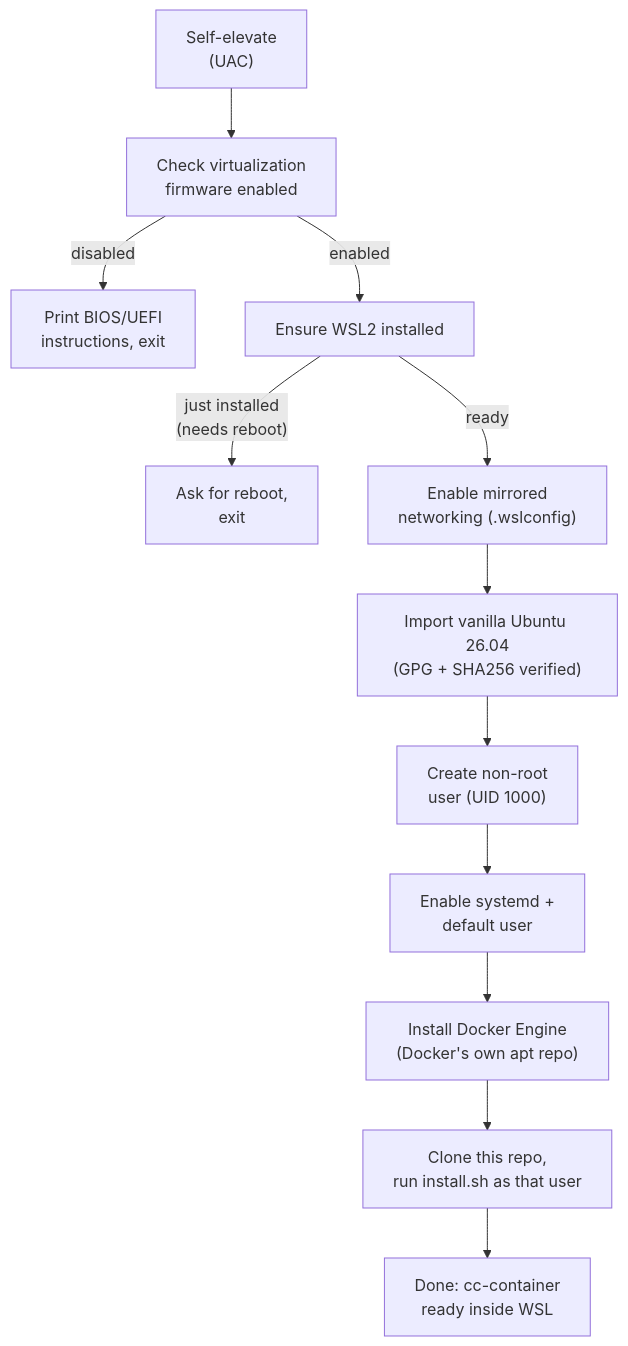
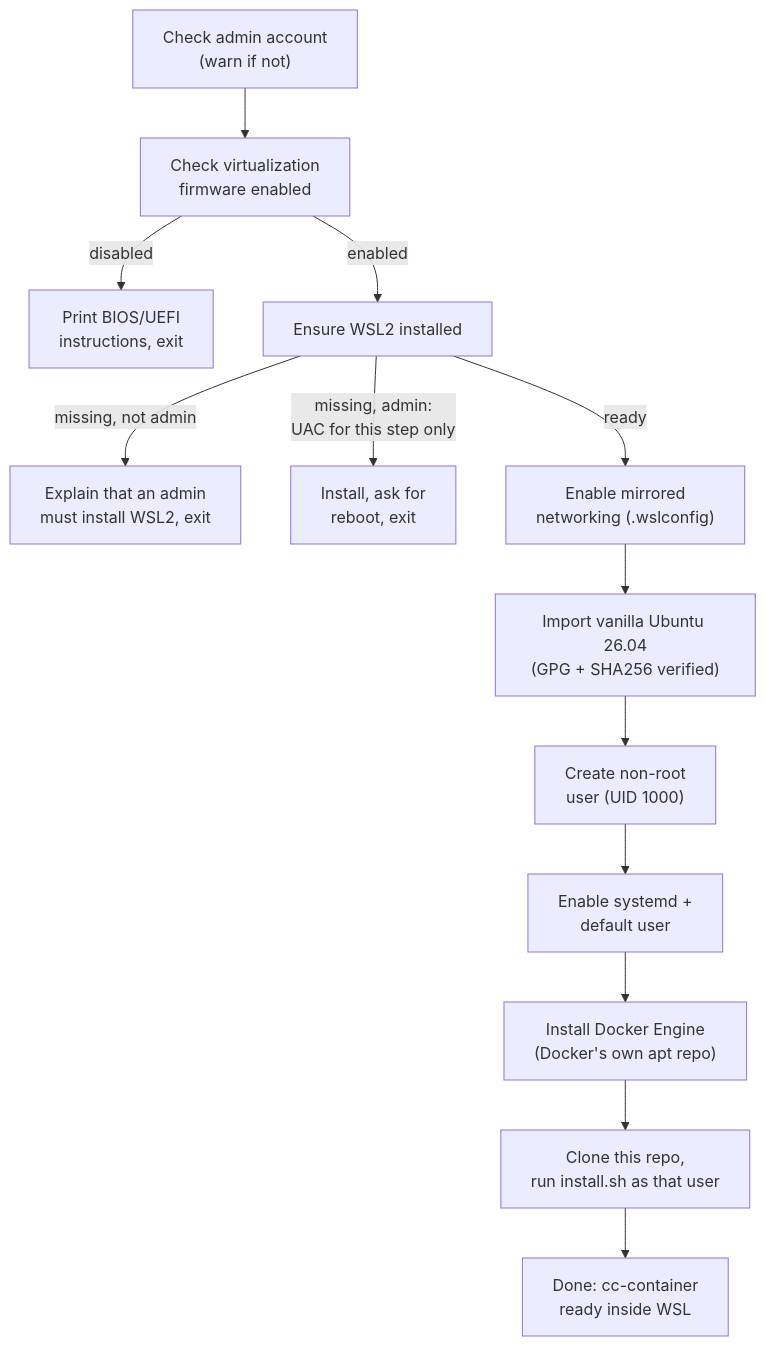
The diagram in docs/windows-onboarding.md (rixxxxx/claudecode-docker), drawn with Mermaid before and after one commit. The commit also changed other lines of this file and 4 other files, not shown here.

Commit message:
Windows installer: elevate only for wsl --install, auto-pick the latest signed 26.04 image, spare running distros, add -uninstall

````diff
--- a/docs/windows-onboarding.md
+++ b/docs/windows-onboarding.md
@@ -40,14 +40,15 @@
 ```mermaid
 flowchart TD
-    A["Self-elevate<br/>(UAC)"] --> B["Check virtualization<br/>firmware enabled"]
+    A0["Check admin account<br/>(warn if not)"] --> B["Check virtualization<br/>firmware enabled"]
     B -->|disabled| B1["Print BIOS/UEFI<br/>instructions, exit"]
     B -->|enabled| C["Ensure WSL2 installed"]
-    C -->|"just installed<br/>(needs reboot)"| C1["Ask for reboot,<br/>exit"]
+    C -->|"missing, not admin"| C0["Explain that an admin<br/>must install WSL2, exit"]
+    C -->|"missing, admin:<br/>UAC for this step only"| C1["Install, ask for<br/>reboot, exit"]
     C -->|ready| D["Enable mirrored<br/>networking (.wslconfig)"]
     D --> E["Import vanilla Ubuntu 26.04<br/>(GPG + SHA256 verified)"]
     E --> E2["Create non-root<br/>user (UID 1000)"]
     E2 --> F["Enable systemd +<br/>default user"]
     F --> G["Install Docker Engine<br/>(Docker's own apt repo)"]
     G --> H["Clone this repo,<br/>run install.sh as that user"]
     H --> I["Done: cc-container<br/>ready inside WSL"]
 ```
````
